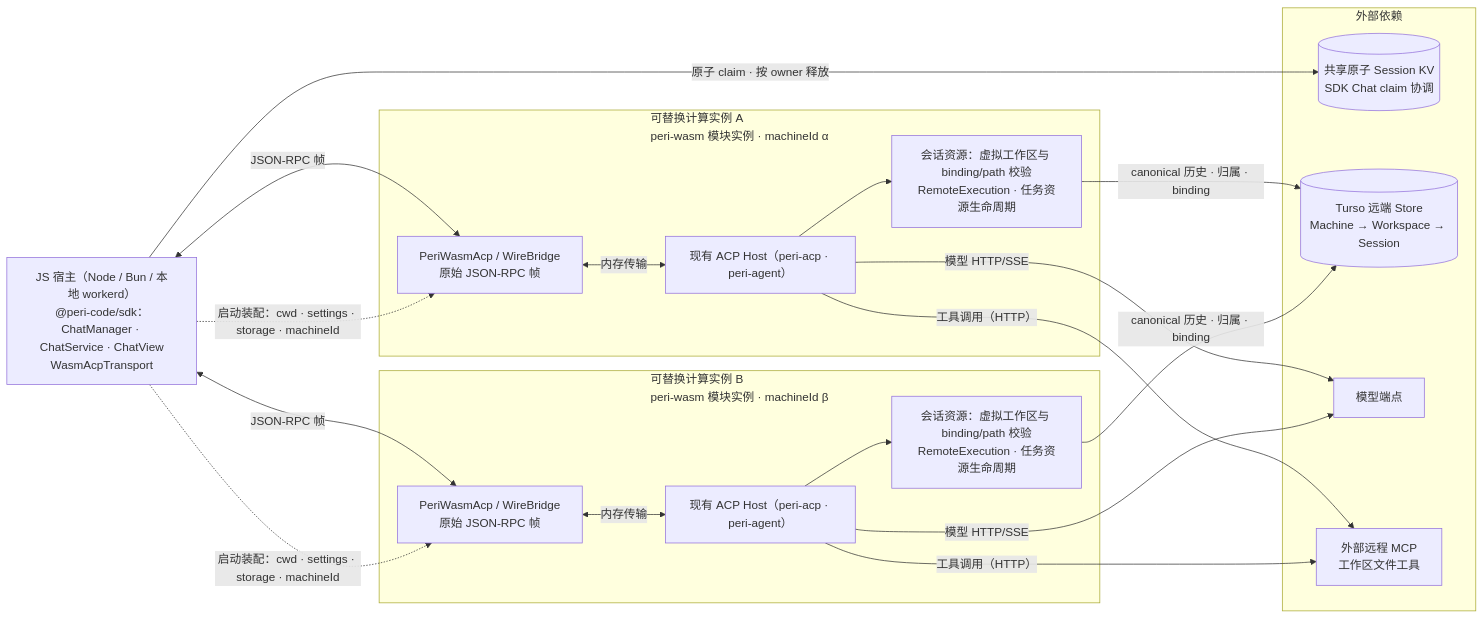
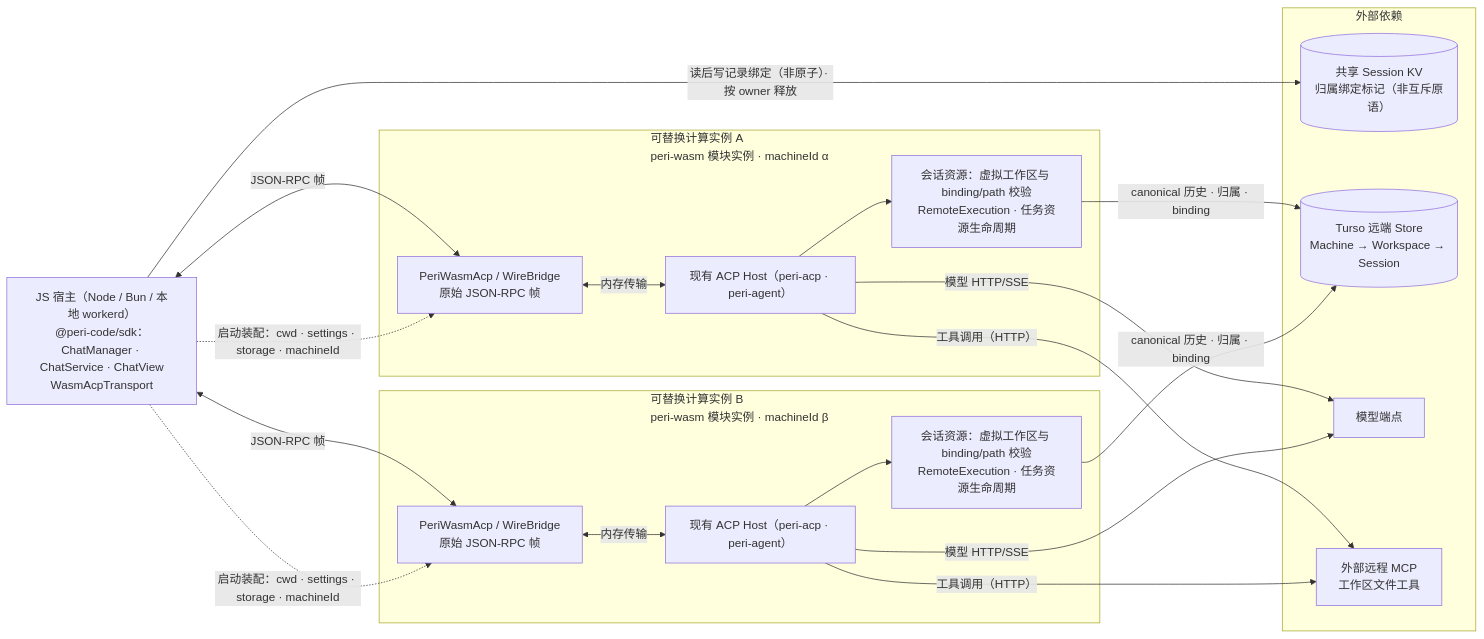
One commit to KonghaYao/peri changed the diagram in docs/design/serverless-execution-identity.md. Above: the diagram before and after it, drawn with Mermaid. The commit also changed other lines of this file and 45 other files, not shown here.

First line of the commit message:
refactor(peri-sdk): 最简 SessionOwnership 绑定记录

````diff
--- a/docs/design/serverless-execution-identity.md
+++ b/docs/design/serverless-execution-identity.md
@@ -14,40 +14,40 @@
 ```mermaid
 flowchart LR
     Host["JS 宿主（Node / Bun / 本地 workerd）<br/>@peri-code/sdk：ChatManager · ChatService · ChatView<br/>WasmAcpTransport"]
 
     subgraph Alpha["可替换计算实例 A<br/>peri-wasm 模块实例 · machineId α"]
         BridgeA["PeriWasmAcp / WireBridge<br/>原始 JSON-RPC 帧"]
         AcpA["现有 ACP Host（peri-acp · peri-agent）"]
         AuthorityA["会话资源：虚拟工作区与 binding/path 校验<br/>RemoteExecution · 任务资源生命周期"]
         BridgeA <-->|"内存传输"| AcpA
         AcpA --> AuthorityA
     end
 
     subgraph Beta["可替换计算实例 B<br/>peri-wasm 模块实例 · machineId β"]
         BridgeB["PeriWasmAcp / WireBridge<br/>原始 JSON-RPC 帧"]
         AcpB["现有 ACP Host（peri-acp · peri-agent）"]
         AuthorityB["会话资源：虚拟工作区与 binding/path 校验<br/>RemoteExecution · 任务资源生命周期"]
         BridgeB <-->|"内存传输"| AcpB
         AcpB --> AuthorityB
     end
 
     subgraph External["外部依赖"]
-        Kv[("共享原子 Session KV<br/>SDK Chat claim 协调")]
+        Kv[("共享 Session KV<br/>归属绑定标记（非互斥原语）")]
         Store[("Turso 远端 Store<br/>Machine → Workspace → Session")]
         Model["模型端点"]
         Mcp["外部远程 MCP<br/>工作区文件工具"]
     end
 
     Host <-->|"JSON-RPC 帧"| BridgeA
     Host -.->|"启动装配：cwd · settings · storage · machineId"| BridgeA
-    Host -->|"原子 claim · 按 owner 释放"| Kv
+    Host -->|"读后写记录绑定（非原子）· 按 owner 释放"| Kv
     AuthorityA -->|"canonical 历史 · 归属 · binding"| Store
     AcpA -->|"模型 HTTP/SSE"| Model
     AcpA -->|"工具调用（HTTP）"| Mcp
 
     Host <-->|"JSON-RPC 帧"| BridgeB
     Host -.->|"启动装配：cwd · settings · storage · machineId"| BridgeB
     AuthorityB -->|"canonical 历史 · 归属 · binding"| Store
     AcpB -->|"模型 HTTP/SSE"| Model
     AcpB -->|"工具调用（HTTP）"| Mcp
 ```
````
